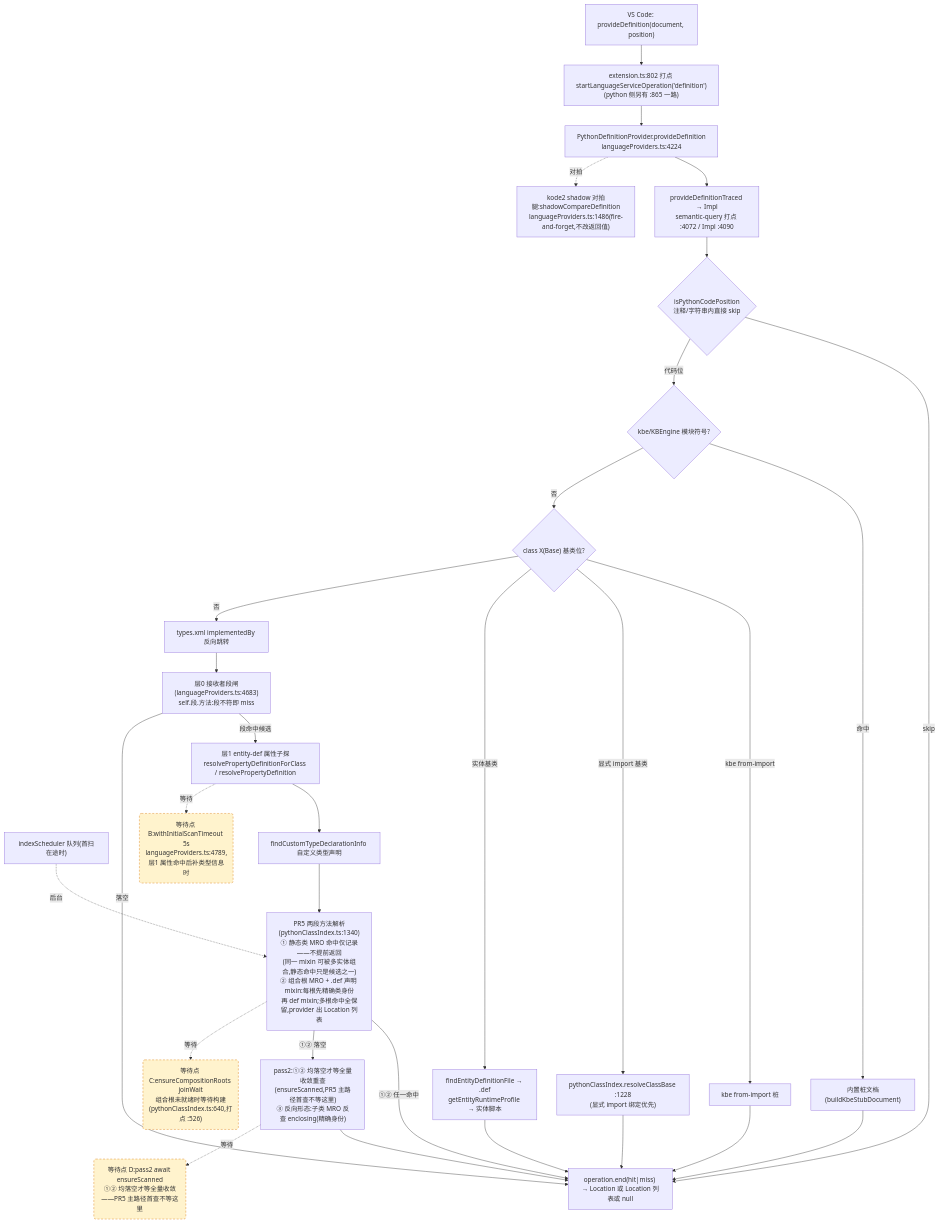
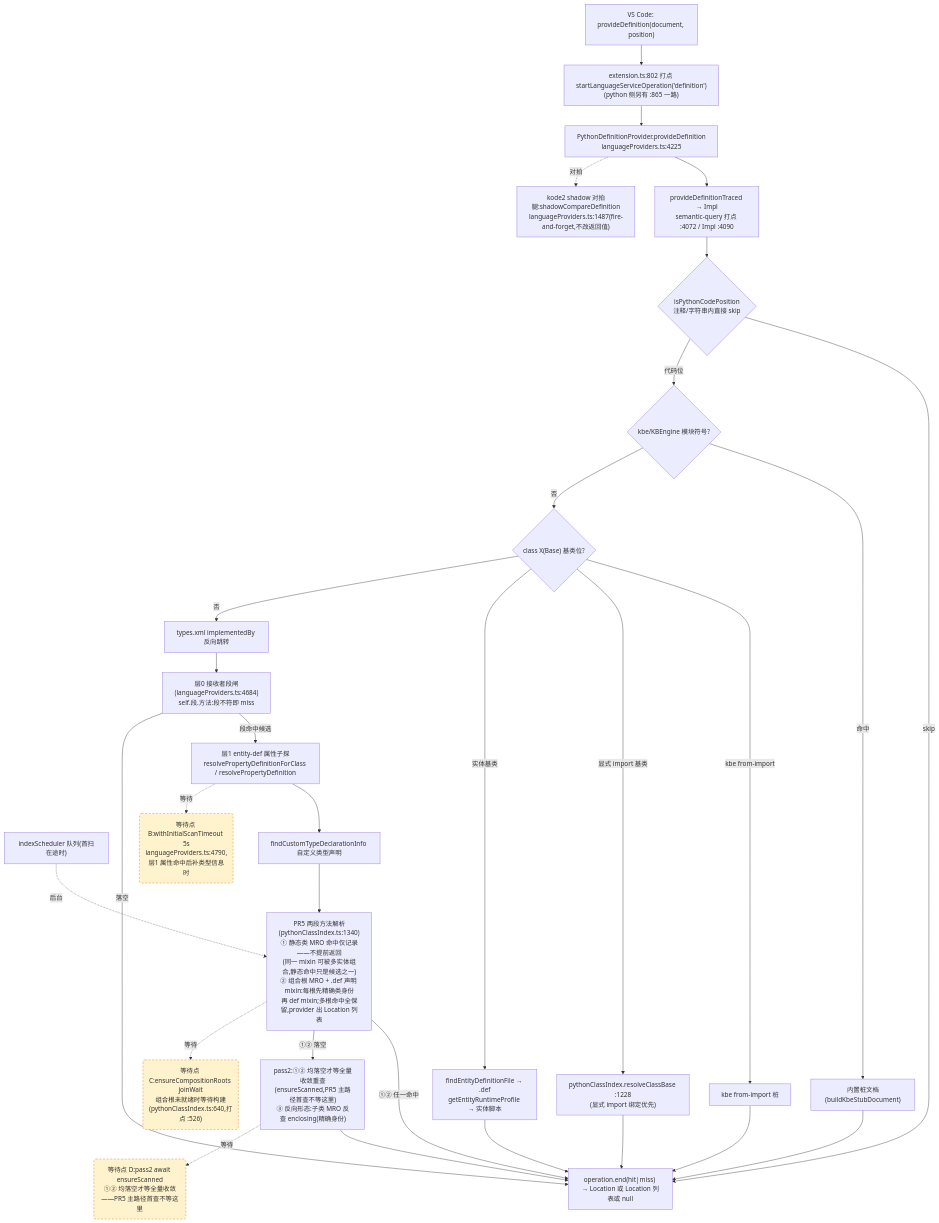
Before and after one commit to cuihairu/kode: the second of 4 diagrams in docs/perf/2026-baseline.md, drawn with Mermaid. The commit also changed other lines of this file and 6 other files, not shown here.

````diff
--- a/docs/perf/2026-baseline.md
+++ b/docs/perf/2026-baseline.md
@@ -130,51 +130,51 @@
 ```mermaid
 flowchart TD
   VC2["VS Code: provideDefinition(document, position)"]
   M2["extension.ts:802 打点 startLanguageServiceOperation('definition')<br/>(python 侧另有 :865 一路)"]
-  AD2["PythonDefinitionProvider.provideDefinition<br/>languageProviders.ts:4224"]
+  AD2["PythonDefinitionProvider.provideDefinition<br/>languageProviders.ts:4225"]
   TR["provideDefinitionTraced → Impl<br/>semantic-query 打点 :4072 / Impl :4090"]
   CTX{"isPythonCodePosition<br/>注释/字符串内直接 skip"}
   KBE{"kbe/KBEngine 模块符号?"}
   STUB["内置桩文档(buildKbeStubDocument)"]
   CB{"class X(Base) 基类位?"}
   CB1["kbe from-import 桩"]
   CB2["pythonClassIndex.resolveClassBase :1228<br/>(显式 import 绑定优先)"]
   CB3["findEntityDefinitionFile → .def<br/>getEntityRuntimeProfile → 实体脚本"]
   REV["types.xml implementedBy 反向跳转"]
-  L0["层0 接收者段闸(languageProviders.ts:4683)<br/>self.段.方法:段不符即 miss"]
+  L0["层0 接收者段闸(languageProviders.ts:4684)<br/>self.段.方法:段不符即 miss"]
   L1["层1 entity-def 属性子探<br/>resolvePropertyDefinitionForClass / resolvePropertyDefinition"]
   SCAN["indexScheduler 队列(首扫在途时)"]
   TY["findCustomTypeDeclarationInfo 自定义类型声明"]
   MRO["PR5 两段方法解析(pythonClassIndex.ts:1340)<br/>① 静态类 MRO 命中仅记录——不提前返回<br/>(同一 mixin 可被多实体组合,静态命中只是候选之一)<br/>② 组合根 MRO + .def 声明 mixin:每根先精确类身份<br/>再 def mixin;多根命中全保留,provider 出 Location 列表"]
   PASS2["pass2:①② 均落空才等全量收敛重查<br/>(ensureScanned,PR5 主路径首查不等这里)<br/>③ 反向形态:子类 MRO 反查 enclosing(精确身份)"]
-  SHD["kode2 shadow 对拍腿:shadowCompareDefinition<br/>languageProviders.ts:1486(fire-and-forget,不改返回值)"]
+  SHD["kode2 shadow 对拍腿:shadowCompareDefinition<br/>languageProviders.ts:1487(fire-and-forget,不改返回值)"]
   END2["operation.end(hit|miss) → Location 或 Location 列表或 null"]
 
   VC2 --> M2 --> AD2 --> TR --> CTX
   CTX -- "skip" --> END2
   CTX -- "代码位" --> KBE
   KBE -- "命中" --> STUB --> END2
   KBE -- "否" --> CB
   CB -- "kbe from-import" --> CB1 --> END2
   CB -- "显式 import 基类" --> CB2 --> END2
   CB -- "实体基类" --> CB3 --> END2
   CB -- "否" --> REV --> L0
   L0 -- "段命中候选" --> L1
   L0 -- "落空" --> END2
   L1 --> TY
   TY --> MRO
   MRO -- "①② 任一命中" --> END2
   MRO -- "①② 落空" --> PASS2 --> END2
   AD2 -.->|对拍| SHD
 
-  WAITB("等待点 B:withInitialScanTimeout 5s<br/>languageProviders.ts:4789,层1 属性命中后补类型信息时")
+  WAITB("等待点 B:withInitialScanTimeout 5s<br/>languageProviders.ts:4790,层1 属性命中后补类型信息时")
   WAITC("等待点 C:ensureCompositionRoots joinWait<br/>组合根未就绪时等待构建(pythonClassIndex.ts:640,打点 :526)")
   WAITD("等待点 D:pass2 await ensureScanned<br/>①② 均落空才等全量收敛——PR5 主路径首查不等这里")
   L1 -.->|等待| WAITB
   MRO -.->|等待| WAITC
   PASS2 -.->|等待| WAITD
   SCAN -.->|后台| MRO
 
   classDef waitPoint fill:#fff3cd,stroke:#d97706,stroke-dasharray:5 4;
   class WAITB,WAITC,WAITD waitPoint;
 ```
````
